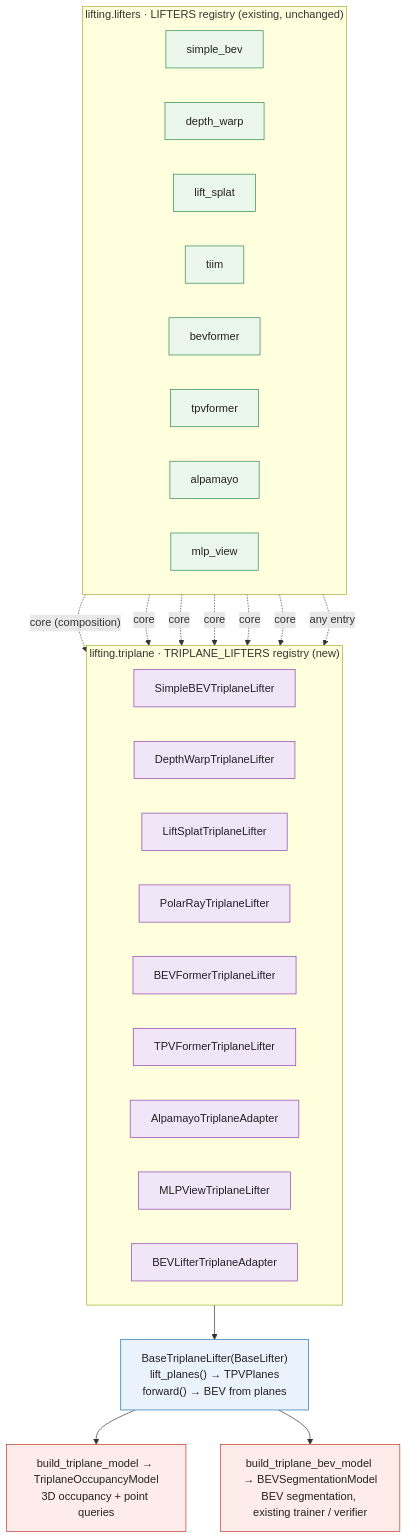
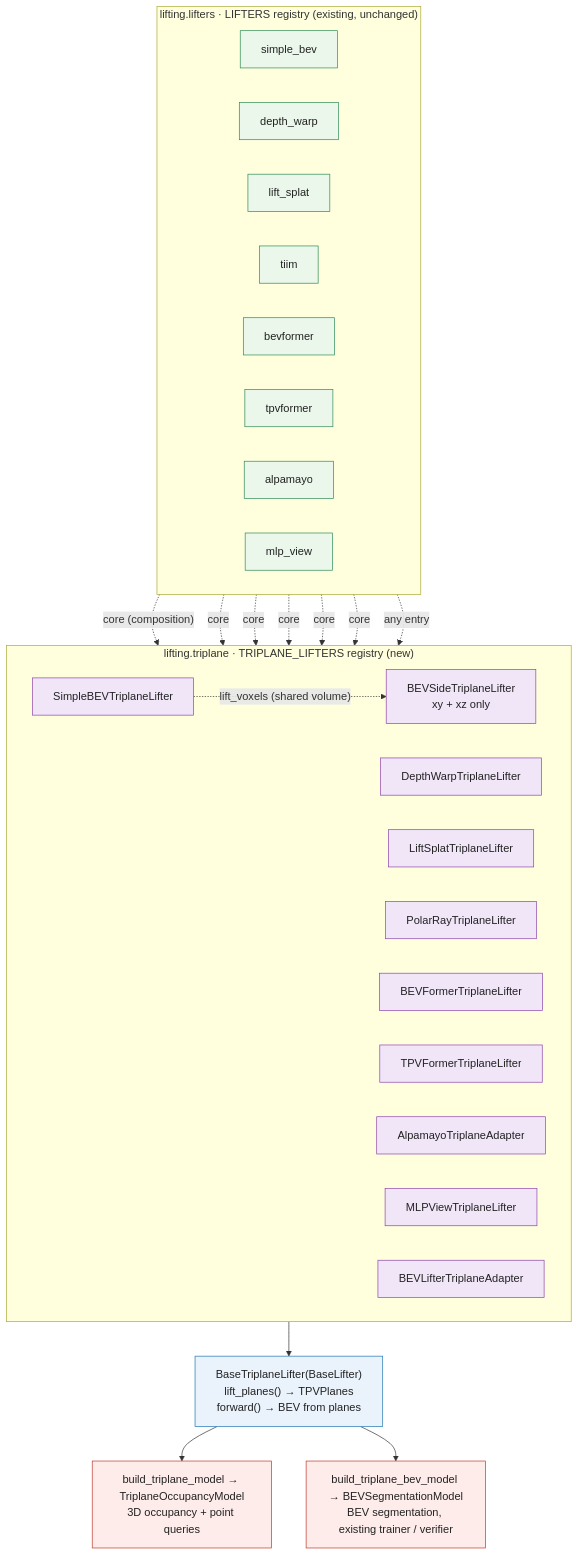
Before and after one commit to basaanithanaveenkumar/Halos-lift: the second of 12 diagrams in README.md, drawn with Mermaid. The commit also changed other lines of this file and 30 other files, not shown here.

````diff
--- a/README.md
+++ b/README.md
@@ -169,43 +172,45 @@
 ```mermaid
 flowchart TB
   subgraph EXIST["lifting.lifters · LIFTERS registry (existing, unchanged)"]
     direction LR
     L1[simple_bev]:::reused
     L2[depth_warp]:::reused
     L3[lift_splat]:::reused
     L4[tiim]:::reused
     L5[bevformer]:::reused
     L6[tpvformer]:::reused
     L7[alpamayo]:::reused
     L8[mlp_view]:::reused
   end
   subgraph NEW["lifting.triplane · TRIPLANE_LIFTERS registry (new)"]
     direction LR
     T1["SimpleBEVTriplaneLifter"]:::learned
     T2["DepthWarpTriplaneLifter"]:::learned
     T3["LiftSplatTriplaneLifter"]:::learned
     T4["PolarRayTriplaneLifter"]:::learned
     T5["BEVFormerTriplaneLifter"]:::learned
     T6["TPVFormerTriplaneLifter"]:::learned
     T7["AlpamayoTriplaneAdapter"]:::learned
     T8["MLPViewTriplaneLifter"]:::learned
     T9["BEVLifterTriplaneAdapter"]:::learned
+    T10["BEVSideTriplaneLifter<br/>xy + xz only"]:::learned
   end
   L1 -. "core (composition)" .-> T1
   L2 -. core .-> T2
   L3 -. core .-> T3
   L4 -. core .-> T4
   L6 -. core .-> T6
   L7 -. core .-> T7
   EXIST -. "any entry" .-> T9
+  T1 -. "lift_voxels (shared volume)" .-> T10
   BASE["BaseTriplaneLifter(BaseLifter)<br/>lift_planes() → TPVPlanes<br/>forward() → BEV from planes"]:::geo
   NEW --> BASE
   BASE --> OCC["build_triplane_model → TriplaneOccupancyModel<br/>3D occupancy + point queries"]:::out
   BASE --> BEVM["build_triplane_bev_model → BEVSegmentationModel<br/>BEV segmentation, existing trainer / verifier"]:::out
 
   classDef data fill:#fff7e6,stroke:#d48806,color:#222
   classDef geo fill:#eaf2fb,stroke:#1f77b4,color:#222
   classDef learned fill:#f1e6f8,stroke:#8e44ad,color:#222
   classDef reused fill:#eaf7ea,stroke:#2e8b57,color:#222
   classDef out fill:#fdecea,stroke:#c0392b,color:#222
 ```
````
